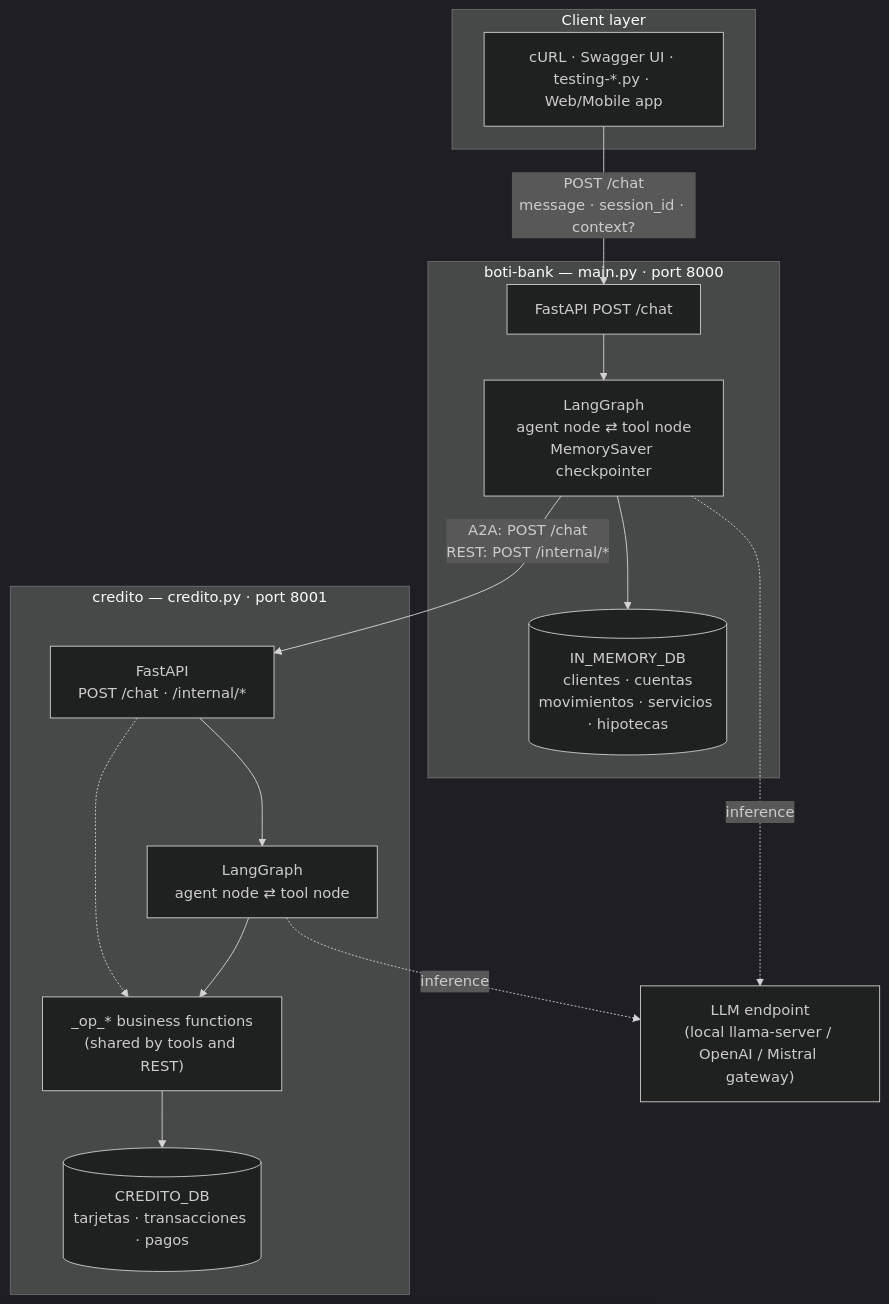
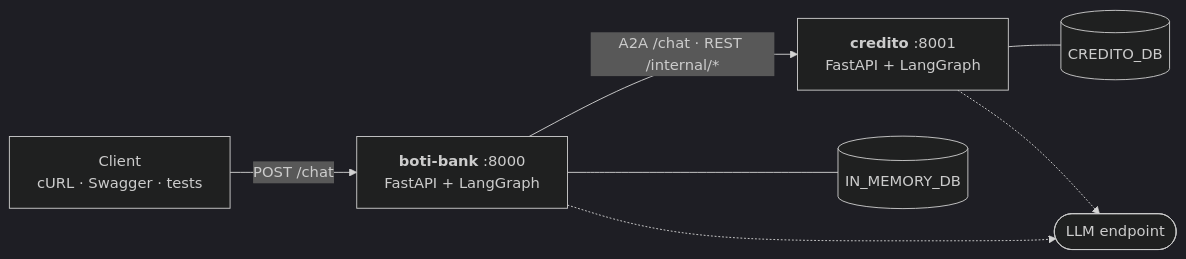
One commit to psagarna/boti-bank changed the first of 2 diagrams in README.md. Above: the diagram before and after it, drawn with Mermaid (dark theme). The commit also changed other lines of this file, not shown here.

Commit message:
architecture diagram

````diff
--- a/README.md
+++ b/README.md
@@ -48,29 +48,16 @@
 ```mermaid
-flowchart TB
-    subgraph client["Client layer"]
-        C["cURL · Swagger UI · testing-*.py · Web/Mobile app"]
-    end
+flowchart LR
+    C["Client<br/>cURL · Swagger · tests"]
+    B["<b>boti-bank</b> :8000<br/>FastAPI + LangGraph"]
+    K["<b>credito</b> :8001<br/>FastAPI + LangGraph"]
+    BDB[("IN_MEMORY_DB")]
+    KDB[("CREDITO_DB")]
+    LLM(["LLM endpoint"])
 
-    subgraph boti["boti-bank — main.py · port 8000"]
-        BAPI["FastAPI  POST /chat"]
-        BGRAPH["LangGraph<br/>agent node ⇄ tool node<br/>MemorySaver checkpointer"]
-        BDB[("IN_MEMORY_DB<br/>clientes · cuentas<br/>movimientos · servicios · hipotecas")]
-        BAPI --> BGRAPH --> BDB
-    end
-
-    subgraph credito["credito — credito.py · port 8001"]
-        CAPI["FastAPI<br/>POST /chat  ·  /internal/*"]
-        CGRAPH["LangGraph<br/>agent node ⇄ tool node"]
-        COPS["_op_* business functions<br/>(shared by tools and REST)"]
-        CDB[("CREDITO_DB<br/>tarjetas · transacciones · pagos")]
-        CAPI --> CGRAPH --> COPS --> CDB
-        CAPI -.-> COPS
-    end
-
-    LLM["LLM endpoint<br/>(local llama-server / OpenAI / Mistral gateway)"]
-
-    C -->|"POST /chat<br/>message · session_id · context?"| BAPI
-    BGRAPH -->|"A2A: POST /chat<br/>REST: POST /internal/*"| CAPI
-    BGRAPH -.->|inference| LLM
-    CGRAPH -.->|inference| LLM
+    C -->|POST /chat| B
+    B -->|"A2A /chat · REST /internal/*"| K
+    B --- BDB
+    K --- KDB
+    B -.-> LLM
+    K -.-> LLM
 ```
````
